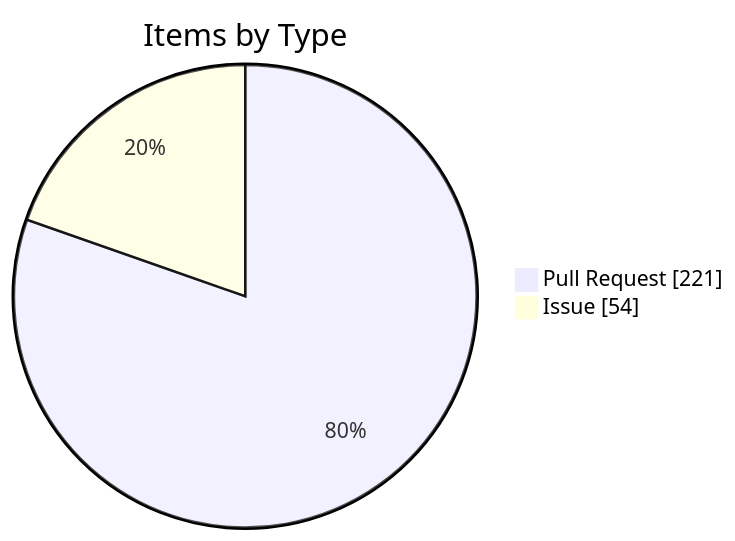
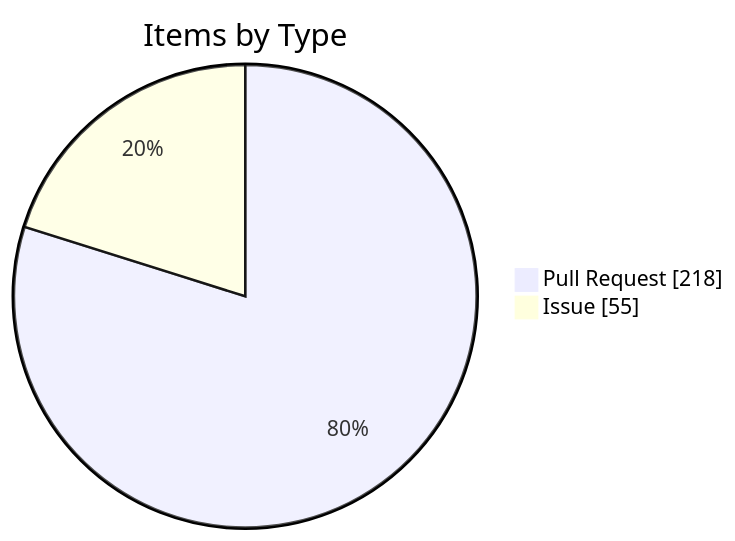
The fourth of 4 diagrams in apps/kbve/astro-kbve/src/content/docs/dashboard/kanban-data.mdx (KBVE/kbve), drawn with Mermaid before and after one commit. The commit also changed other lines of this file and 7 other files, not shown here.

````diff
--- a/apps/kbve/astro-kbve/src/content/docs/dashboard/kanban-data.mdx
+++ b/apps/kbve/astro-kbve/src/content/docs/dashboard/kanban-data.mdx
@@ -116,6 +116,6 @@
 ```mermaid
 pie showData
     title Items by Type
-    "Pull Request" : 221
-    "Issue" : 54
+    "Pull Request" : 218
+    "Issue" : 55
 ```
````
